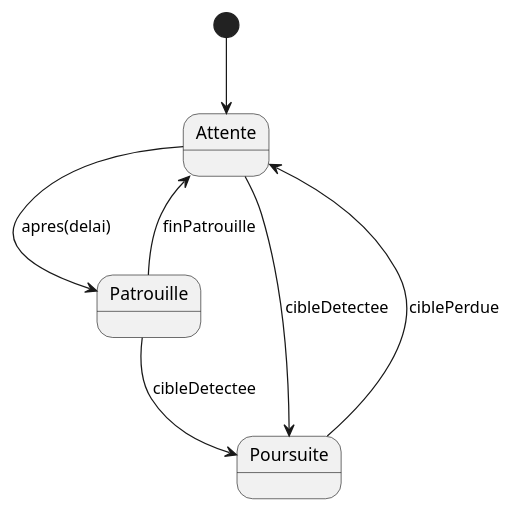
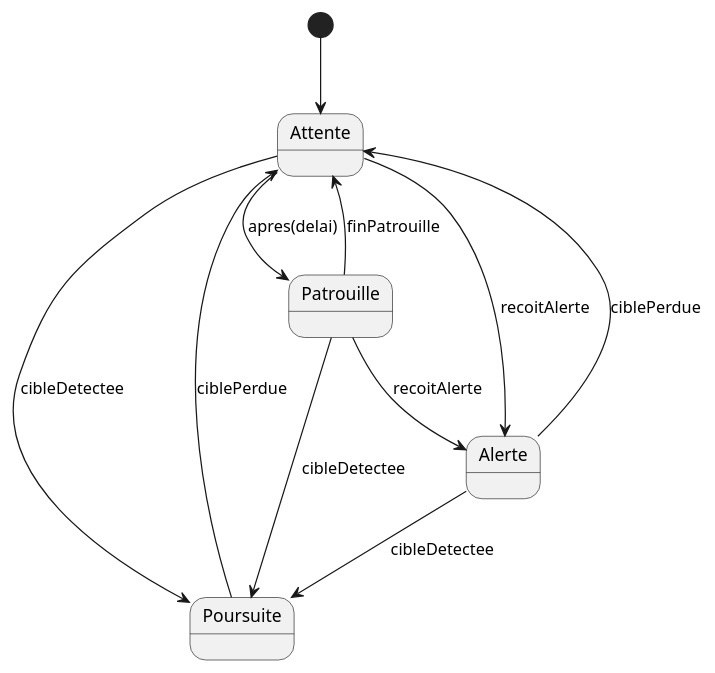
Before and after one commit to Geoffrey2501/ProjetTutoreDOOM: the diagram in Documentation/iteration_3/Automate.puml, drawn with PlantUML.

```diff
--- a/Documentation/iteration_3/Automate.puml
+++ b/Documentation/iteration_3/Automate.puml
@@ -1,17 +1,24 @@
 @startuml
 [*] --> Attente
 
 state Attente
 
 state Patrouille
 
 state Poursuite
 
+state Alerte
+
 Attente --> Patrouille : apres(delai)
 Patrouille --> Attente : finPatrouille
 
 Attente --> Poursuite : cibleDetectee
 Patrouille --> Poursuite : cibleDetectee
+Alerte --> Poursuite : cibleDetectee
+
+Attente --> Alerte : recoitAlerte
+Patrouille --> Alerte : recoitAlerte
 
 Poursuite --> Attente : ciblePerdue
+Alerte --> Attente : ciblePerdue
 @enduml
```
